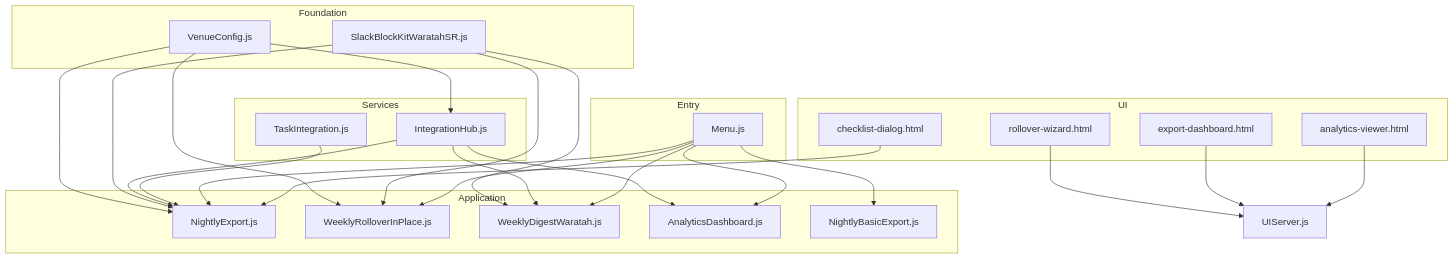
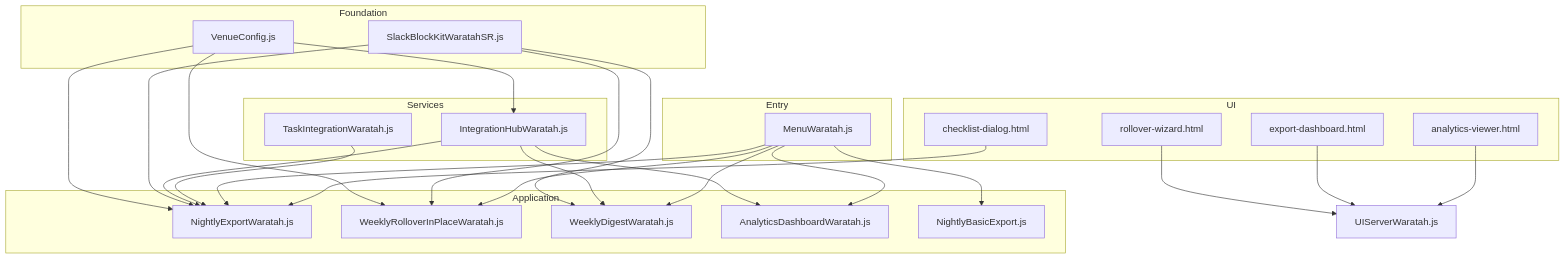
Before and after one commit to thewaratah/pollenshiftreports: the first of 2 diagrams in docs/waratah/explainers/03-ADVANCED-Complete-Backend-Reference.md, drawn with Mermaid. The commit also changed other lines of this file and 41 other files, not shown here.

````diff
--- a/docs/waratah/explainers/03-ADVANCED-Complete-Backend-Reference.md
+++ b/docs/waratah/explainers/03-ADVANCED-Complete-Backend-Reference.md
@@ -84,51 +84,51 @@
 ```mermaid
 graph TB
     subgraph Foundation
         VC[VenueConfig.js]
         SBK[SlackBlockKitWaratahSR.js]
     end
 
     subgraph Services
-        IH[IntegrationHub.js]
-        TI[TaskIntegration.js]
+        IH[IntegrationHubWaratah.js]
+        TI[TaskIntegrationWaratah.js]
     end
 
     subgraph Application
-        NE[NightlyExport.js]
-        WR[WeeklyRolloverInPlace.js]
+        NE[NightlyExportWaratah.js]
+        WR[WeeklyRolloverInPlaceWaratah.js]
         WD[WeeklyDigestWaratah.js]
-        AD[AnalyticsDashboard.js]
+        AD[AnalyticsDashboardWaratah.js]
         NBE[NightlyBasicExport.js]
     end
 
     subgraph Entry
-        M[Menu.js]
+        M[MenuWaratah.js]
     end
 
     subgraph UI
         CD[checklist-dialog.html]
         RW[rollover-wizard.html]
         ED[export-dashboard.html]
         AV[analytics-viewer.html]
     end
 
     VC --> IH
     VC --> NE
     VC --> WR
     SBK --> NE
     SBK --> WR
     SBK --> WD
     IH --> NE
     IH --> WD
     IH --> AD
     TI --> NE
     M --> NE
     M --> WR
     M --> WD
     M --> AD
     M --> NBE
     CD --> NE
-    RW --> UIServer.js
-    ED --> UIServer.js
-    AV --> UIServer.js
+    RW --> UIServerWaratah.js
+    ED --> UIServerWaratah.js
+    AV --> UIServerWaratah.js
 ```
````
